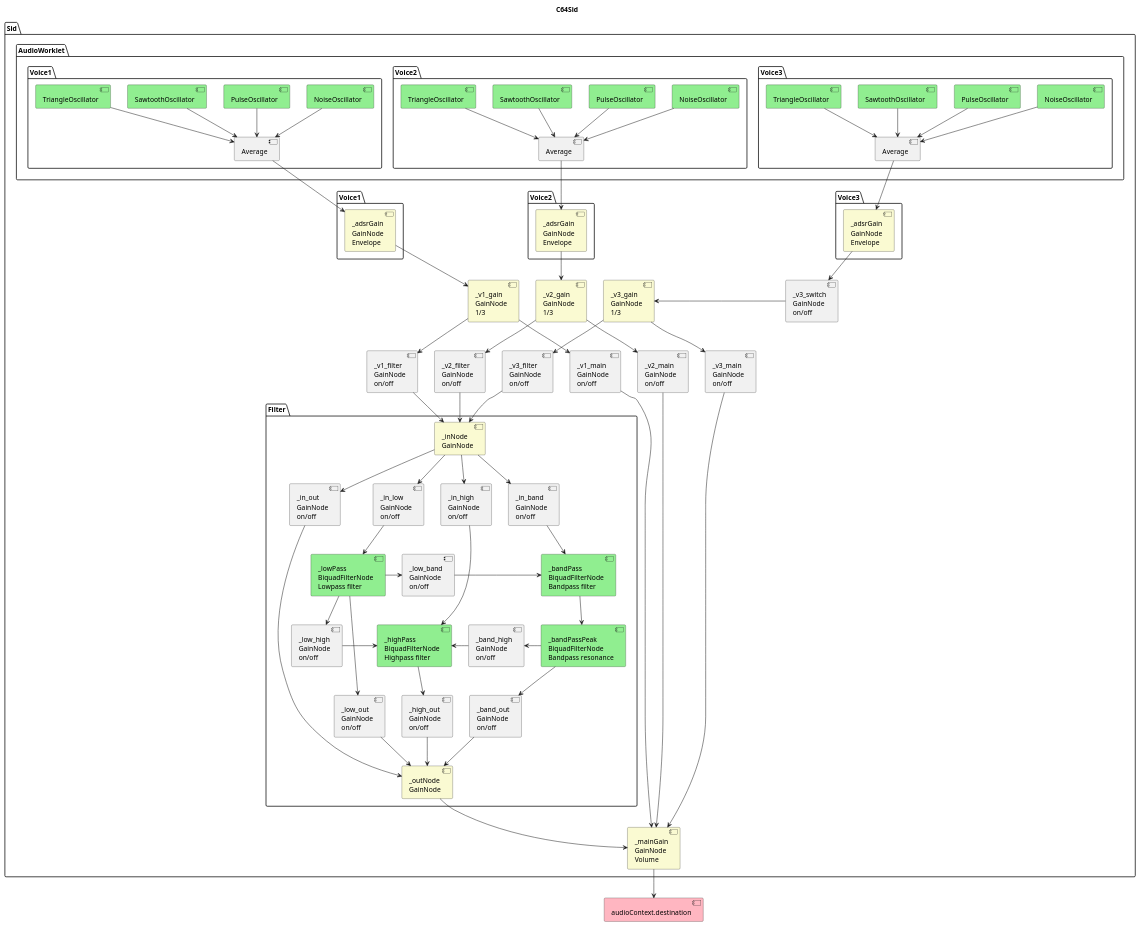
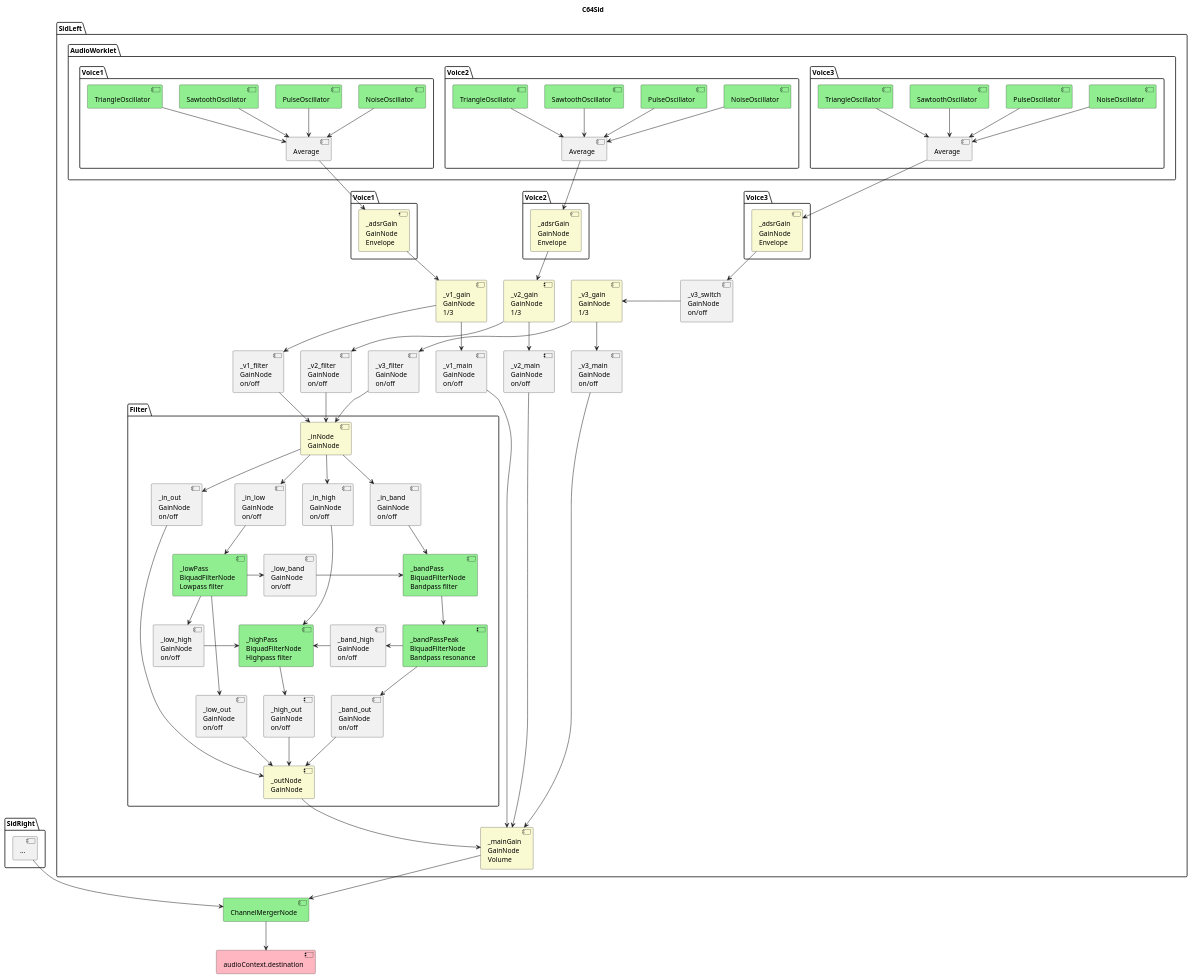
One commit to stevi84/sid-player changed the diagram in C64Sid.puml. Above: the diagram before and after it, drawn with PlantUML. The commit also changed 3 other files, not shown here.

```diff
--- a/C64Sid.puml
+++ b/C64Sid.puml
@@ -1,152 +1,159 @@
 @startuml Sid
 
 title C64Sid
 
-package Sid {
+package SidLeft {
   package AudioWorklet {
     package Voice1 as Voice1SidProcessor {
       [NoiseOscillator] as Voice1NoiseOscillator #LightGreen
       [PulseOscillator] as Voice1PulseOscillator #LightGreen
       [SawtoothOscillator] as Voice1SawtoothOscillator #LightGreen
       [TriangleOscillator] as Voice1TriangleOscillator #LightGreen
       [Average] as Voice1Average
 
       Voice1NoiseOscillator --> Voice1Average
       Voice1PulseOscillator --> Voice1Average
       Voice1SawtoothOscillator --> Voice1Average
       Voice1TriangleOscillator --> Voice1Average
     }
 
     package Voice2 as Voice2SidProcessor {
       [NoiseOscillator] as Voice2NoiseOscillator #LightGreen
       [PulseOscillator] as Voice2PulseOscillator #LightGreen
       [SawtoothOscillator] as Voice2SawtoothOscillator #LightGreen
       [TriangleOscillator] as Voice2TriangleOscillator #LightGreen
       [Average] as Voice2Average
 
       Voice2NoiseOscillator --> Voice2Average
       Voice2PulseOscillator --> Voice2Average
       Voice2SawtoothOscillator --> Voice2Average
       Voice2TriangleOscillator --> Voice2Average
     }
 
     package Voice3 as Voice3SidProcessor {
       [NoiseOscillator] as Voice3NoiseOscillator #LightGreen
       [PulseOscillator] as Voice3PulseOscillator #LightGreen
       [SawtoothOscillator] as Voice3SawtoothOscillator #LightGreen
       [TriangleOscillator] as Voice3TriangleOscillator #LightGreen
       [Average] as Voice3Average
 
       Voice3NoiseOscillator --> Voice3Average
       Voice3PulseOscillator --> Voice3Average
       Voice3SawtoothOscillator --> Voice3Average
       Voice3TriangleOscillator --> Voice3Average
     }
   }
 
   package Voice1 {
     [_adsrGain\nGainNode\nEnvelope] as Voice1AdsrGain #LightGoldenRodYellow
   }
   
   package Voice2 {
     [_adsrGain\nGainNode\nEnvelope] as Voice2AdsrGain #LightGoldenRodYellow
   }
   
   package Voice3 {
     [_adsrGain\nGainNode\nEnvelope] as Voice3AdsrGain #LightGoldenRodYellow
   }
 
   Voice1Average --> Voice1AdsrGain
   Voice2Average --> Voice2AdsrGain
   Voice3Average --> Voice3AdsrGain
 
   package Filter {
     [_inNode\nGainNode] as FilterInNode #LightGoldenRodYellow
     [_lowPass\nBiquadFilterNode\nLowpass filter] as FilterLowPass #LightGreen
     [_highPass\nBiquadFilterNode\nHighpass filter] as FilterHighPass #LightGreen
     together {
       [_bandPass\nBiquadFilterNode\nBandpass filter] as FilterBandPass #LightGreen
       [_bandPassPeak\nBiquadFilterNode\nBandpass resonance] as FilterBandPassPeak #LightGreen
     }
     [_outNode\nGainNode] as FilterOutNode #LightGoldenRodYellow
 
     [_in_out\nGainNode\non/off] as FilterInOut
     together {
       [_in_low\nGainNode\non/off] as FilterInLow
       [_in_band\nGainNode\non/off] as FilterInBand
       [_in_high\nGainNode\non/off] as FilterInHigh
     }
     [_low_band\nGainNode\non/off] as FilterLowBand
     [_low_high\nGainNode\non/off] as FilterLowHigh
     [_band_high\nGainNode\non/off] as FilterBandHigh
     together {
       [_low_out\nGainNode\non/off] as FilterLowOut
       [_band_out\nGainNode\non/off] as FilterBandOut
       [_high_out\nGainNode\non/off] as FilterHighOut
     }
 
     FilterInNode --> FilterInOut
     FilterInOut --> FilterOutNode
     FilterInNode --> FilterInLow
     FilterInLow --> FilterLowPass
     FilterInNode --> FilterInBand
     FilterInBand --> FilterBandPass
     FilterBandPass --> FilterBandPassPeak
     FilterInNode --> FilterInHigh
     FilterInHigh --> FilterHighPass
     FilterLowPass -> FilterLowBand
     FilterLowBand -> FilterBandPass
     FilterLowPass -> FilterLowHigh
     FilterLowHigh -> FilterHighPass
     FilterBandPassPeak -> FilterBandHigh
     FilterBandHigh -> FilterHighPass
     FilterLowPass --> FilterLowOut
     FilterLowOut --> FilterOutNode
     FilterBandPassPeak --> FilterBandOut
     FilterBandOut --> FilterOutNode
     FilterHighPass --> FilterHighOut
     FilterHighOut --> FilterOutNode
   }
 
   [_mainGain\nGainNode\nVolume] as SidMainGain #LightGoldenRodYellow
   together {
     [_v1_gain\nGainNode\n1/3] as SidV1Gain #LightGoldenRodYellow
     [_v2_gain\nGainNode\n1/3] as SidV2Gain #LightGoldenRodYellow
     [_v3_gain\nGainNode\n1/3] as SidV3Gain #LightGoldenRodYellow
   }
   together {
     [_v1_filter\nGainNode\non/off] as SidV1Filter
     [_v2_filter\nGainNode\non/off] as SidV2Filter
     [_v3_filter\nGainNode\non/off] as SidV3Filter
   }
   [_v3_switch\nGainNode\non/off] as SidV3Switch
   together {
     [_v1_main\nGainNode\non/off] as SidV1Main
     [_v2_main\nGainNode\non/off] as SidV2Main
     [_v3_main\nGainNode\non/off] as SidV3Main
   }
 
   Voice1AdsrGain --> SidV1Gain
   SidV1Gain --> SidV1Filter
   SidV1Filter --> FilterInNode
   SidV1Gain --> SidV1Main
   SidV1Main --> SidMainGain
   Voice2AdsrGain --> SidV2Gain
   SidV2Gain --> SidV2Filter
   SidV2Filter --> FilterInNode
   SidV2Gain --> SidV2Main
   SidV2Main --> SidMainGain
   Voice3AdsrGain --> SidV3Switch
   SidV3Switch -> SidV3Gain
   SidV3Gain --> SidV3Filter
   SidV3Filter --> FilterInNode
   SidV3Gain --> SidV3Main
   SidV3Main --> SidMainGain
   FilterOutNode --> SidMainGain
 }
 
+package SidRight {
+  [...] as SidRightContent
+}
+
+[ChannelMergerNode] as ChannelMerger #LightGreen
 [audioContext.destination] as Destination #LightPink
 
-SidMainGain --> Destination
+SidMainGain --> ChannelMerger
+SidRightContent --> ChannelMerger
+ChannelMerger --> Destination
 
 @enduml
```
